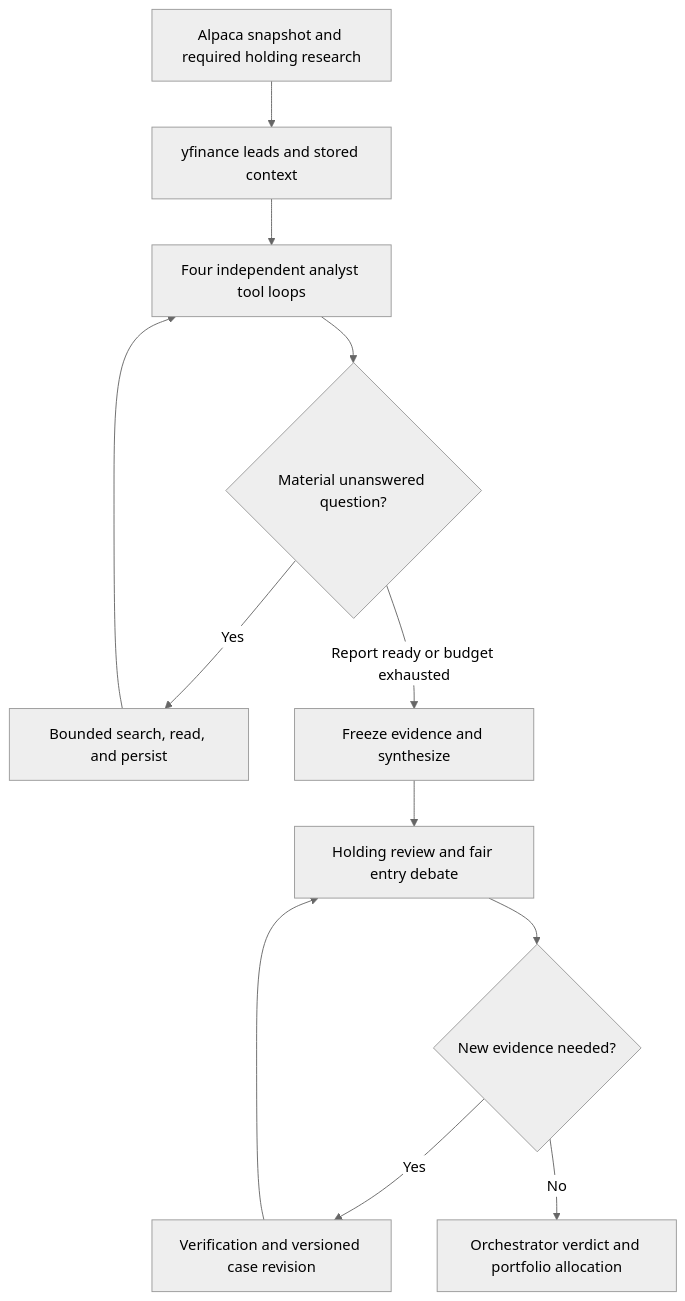
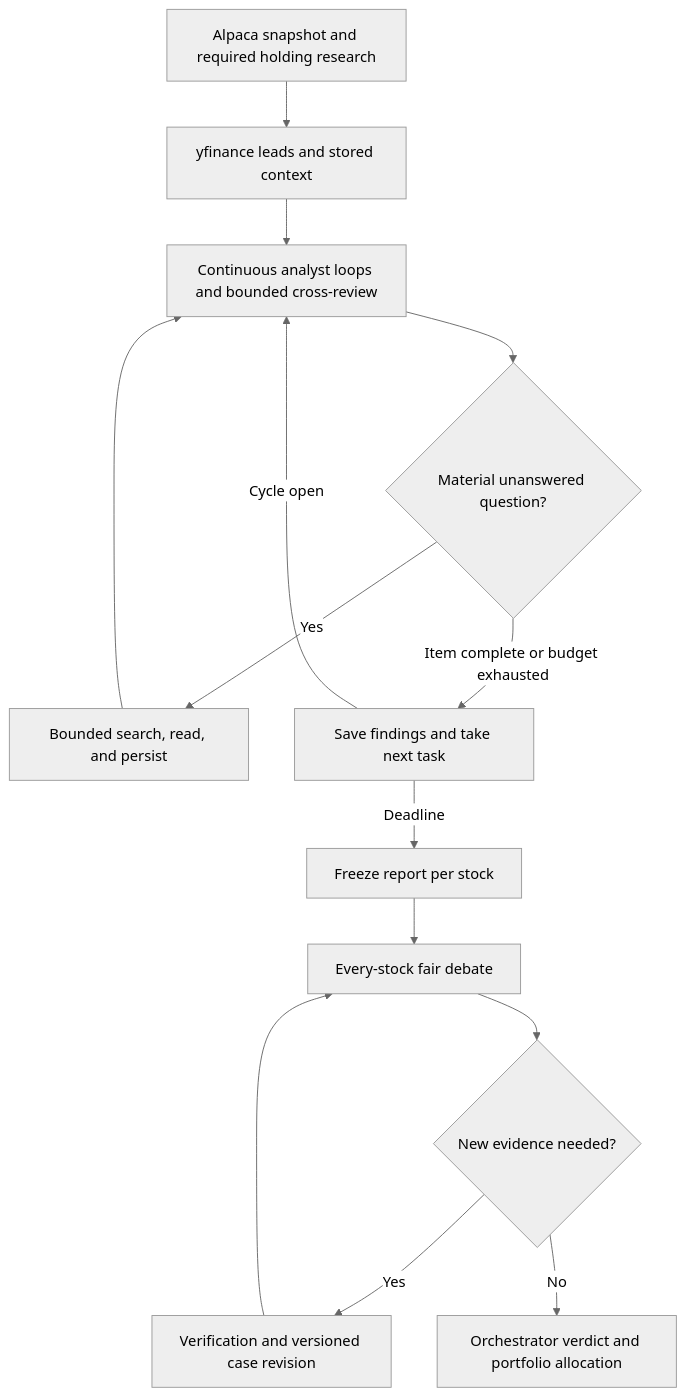
Before and after one commit to JKGiova/agentic-trading-workflow: the diagram in docs/research-workflow.md, drawn with Mermaid (neutral theme). The commit also changed other lines of this file and 27 other files, not shown here.

Commit message:
docs: specify continuous analyst cycles and portfolio manager handoff

````diff
--- a/docs/research-workflow.md
+++ b/docs/research-workflow.md
@@ -12,14 +16,16 @@
 ```mermaid
 flowchart TD
     A["Alpaca snapshot and required holding research"] --> B["yfinance leads and stored context"]
-    B --> C["Four independent analyst tool loops"]
+    B --> C["Continuous analyst loops and bounded cross-review"]
     C --> D{"Material unanswered question?"}
     D -->|Yes| E["Bounded search, read, and persist"]
     E --> C
-    D -->|Report ready or budget exhausted| F["Freeze evidence and synthesize"]
-    F --> G["Holding review and fair entry debate"]
+    D -->|Item complete or budget exhausted| K["Save findings and take next task"]
+    K -->|Cycle open| C
+    K -->|Deadline| F["Freeze report per stock"]
+    F --> G["Every-stock fair debate"]
     G --> H{"New evidence needed?"}
     H -->|Yes| I["Verification and versioned case revision"]
     I --> G
     H -->|No| J["Orchestrator verdict and portfolio allocation"]
 ```
````
